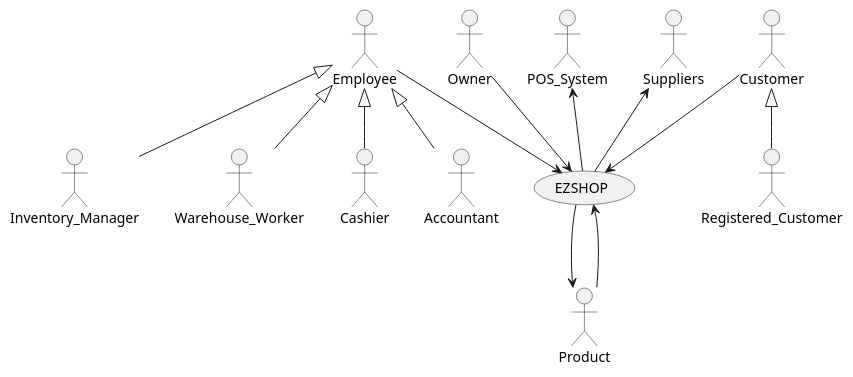
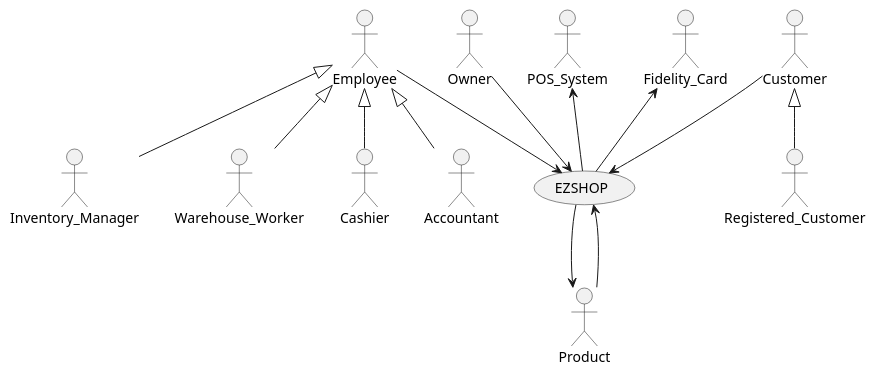
One commit to paolotron/EzshoProject31 changed the diagram in Deliverables/RequirementsDocument.md. Above: the diagram before and after it, drawn with PlantUML. The commit also changed other lines of this file, not shown here.

````diff
--- a/Deliverables/RequirementsDocument.md
+++ b/Deliverables/RequirementsDocument.md
@@ -61,18 +61,18 @@
 ```plantuml
 @startuml
 actor Owner
 
 Employee <|-- Inventory_Manager
 Employee <|-- Warehouse_Worker
 Employee <|-- Cashier
 Employee <|-- Accountant
 Employee --> (EZSHOP)
 (EZSHOP) --> Product
 (EZSHOP) <-- Product
 Customer <|-- Registered_Customer
 Customer --> (EZSHOP)
 POS_System <-- (EZSHOP)
-Suppliers <-- (EZSHOP)
+Fidelity_Card <-- (EZSHOP)
 Owner --> (EZSHOP)
 @enduml
 ```
````
